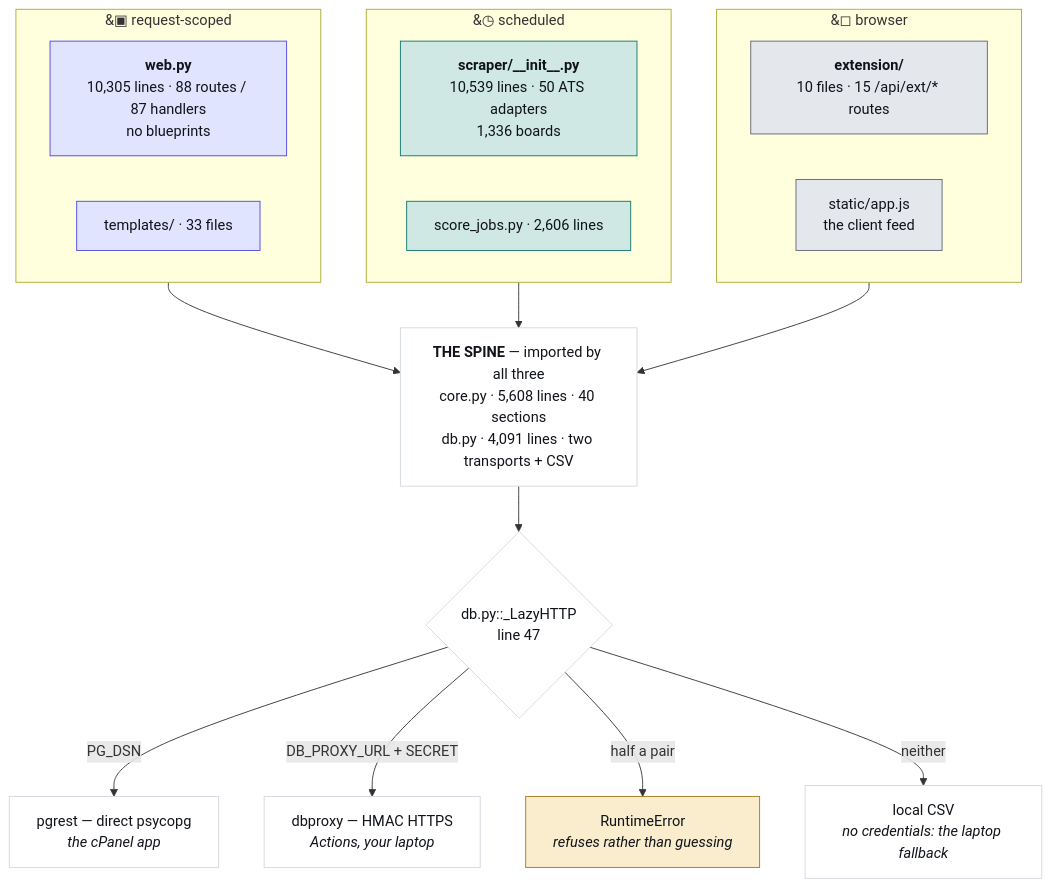
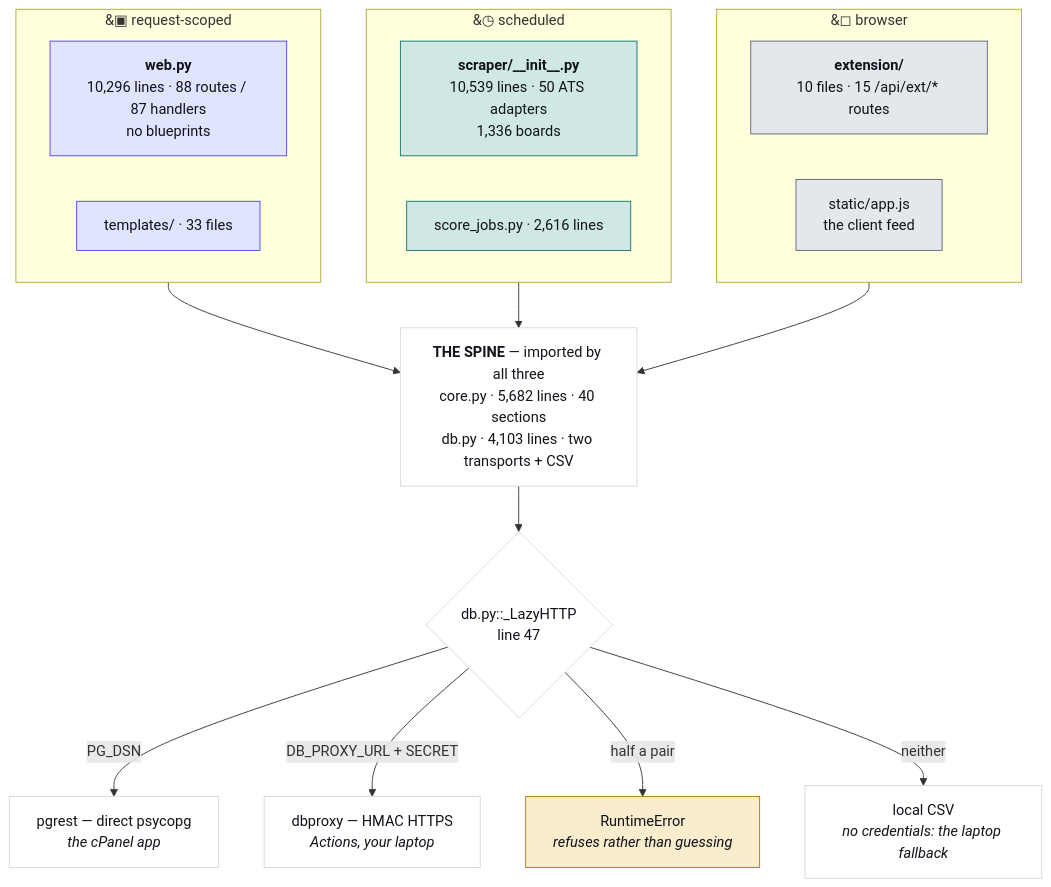
The first of 4 diagrams in JobMatch Scraper/docs/ARCHITECTURE.md (hadakunal909-debug/job-search-tool), drawn with Mermaid before and after one commit. The commit also changed other lines of this file and 24 other files, not shown here.

````diff
--- a/JobMatch Scraper/docs/ARCHITECTURE.md
+++ b/JobMatch Scraper/docs/ARCHITECTURE.md
@@ -48,34 +48,34 @@
 ```mermaid
 flowchart TB
   subgraph REQ["&#9635; request-scoped"]
-    W["<b>web.py</b><br/>10,305 lines · 88 routes / 87 handlers<br/>no blueprints"]
+    W["<b>web.py</b><br/>10,296 lines · 88 routes / 87 handlers<br/>no blueprints"]
     T["templates/ · 33 files"]
   end
   subgraph SCH["&#9719; scheduled"]
     S["<b>scraper/__init__.py</b><br/>10,539 lines · 50 ATS adapters<br/>1,336 boards"]
-    J["score_jobs.py · 2,606 lines"]
+    J["score_jobs.py · 2,616 lines"]
   end
   subgraph CLI["&#9723; browser"]
     E["<b>extension/</b><br/>10 files · 15 /api/ext/* routes"]
     A["static/app.js<br/>the client feed"]
   end
-  SPINE["<b>THE SPINE</b> — imported by all three<br/>core.py · 5,608 lines · 40 sections<br/>db.py · 4,091 lines · two transports + CSV"]
+  SPINE["<b>THE SPINE</b> — imported by all three<br/>core.py · 5,682 lines · 40 sections<br/>db.py · 4,103 lines · two transports + CSV"]
   REQ --> SPINE
   SCH --> SPINE
   CLI --> SPINE
   SPINE --> D{"db.py::_LazyHTTP<br/>line 47"}
   D -->|"PG_DSN"| P["pgrest — direct psycopg<br/><i>the cPanel app</i>"]
   D -->|"DB_PROXY_URL + SECRET"| X["dbproxy — HMAC HTTPS<br/><i>Actions, your laptop</i>"]
   D -->|"half a pair"| R["RuntimeError<br/><i>refuses rather than guessing</i>"]
   D -->|"neither"| V["local CSV<br/><i>no credentials: the laptop fallback</i>"]
   classDef web fill:#e0e4fe,stroke:#4f46e5,color:#101319
   classDef sched fill:#cfe8e3,stroke:#0f766e,color:#101319
   classDef client fill:#e4e7ec,stroke:#5f6573,color:#101319
   classDef trap fill:#f9edcd,stroke:#a8781a,color:#101319
   classDef plain fill:#ffffff,stroke:#d3d7df,color:#101319
   class W,T web
   class S,J sched
   class E,A client
   class R trap
   class SPINE,D,P,X,V plain
 ```
````
